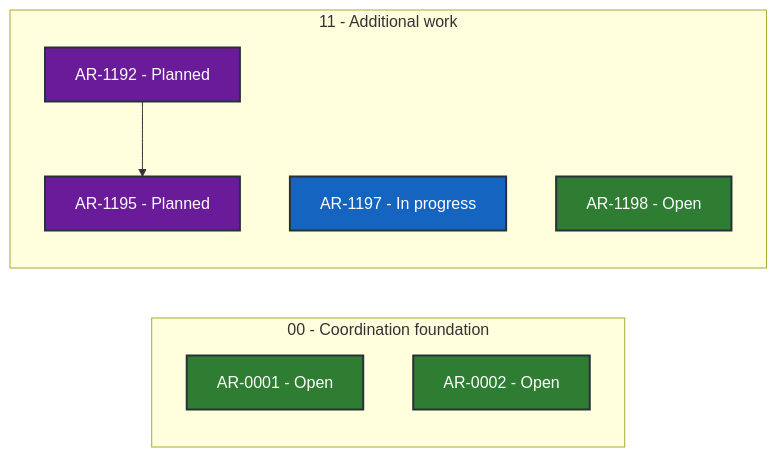
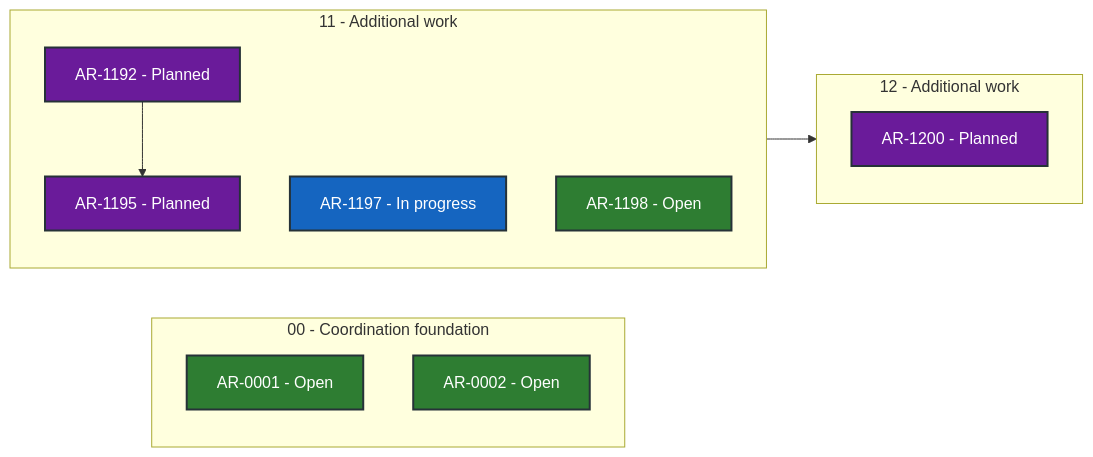
One commit to martin-beck/asb-tui-state changed the diagram in STATUS.md. Above: the diagram before and after it, drawn with Mermaid. The commit also changed other lines of this file and 2 other files, not shown here.

````diff
--- a/STATUS.md
+++ b/STATUS.md
@@ -27,24 +27,29 @@
 ```mermaid
 flowchart LR
     subgraph series_00["00 - Coordination foundation"]
         direction TB
         AR_0001["AR-0001 - Open"]:::status_open
         AR_0002["AR-0002 - Open"]:::status_open
     end
     subgraph series_11["11 - Additional work"]
         direction TB
         AR_1192["AR-1192 - Planned"]:::status_planned
         AR_1195["AR-1195 - Planned"]:::status_planned
         AR_1197["AR-1197 - In progress"]:::status_in_progress
         AR_1198["AR-1198 - Open"]:::status_open
     end
+    subgraph series_12["12 - Additional work"]
+        direction TB
+        AR_1200["AR-1200 - Planned"]:::status_planned
+    end
     AR_1192 --> AR_1195
+    AR_1195 --> AR_1200
     classDef status_in_progress fill:#1565c0,color:#ffffff,stroke:#263238,stroke-width:2px
     classDef status_open fill:#2e7d32,color:#ffffff,stroke:#263238,stroke-width:2px
     classDef status_blocked fill:#c62828,color:#ffffff,stroke:#263238,stroke-width:2px
     classDef status_planned fill:#6a1b9a,color:#ffffff,stroke:#263238,stroke-width:2px
     classDef status_future fill:#455a64,color:#ffffff,stroke:#263238,stroke-width:2px
     classDef status_done fill:#00695c,color:#ffffff,stroke:#263238,stroke-width:2px
     classDef status_cancelled fill:#616161,color:#ffffff,stroke:#263238,stroke-width:2px
     classDef status_superseded fill:#5d4037,color:#ffffff,stroke:#263238,stroke-width:2px
 ```
````
